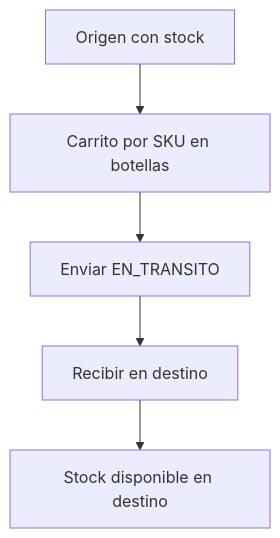
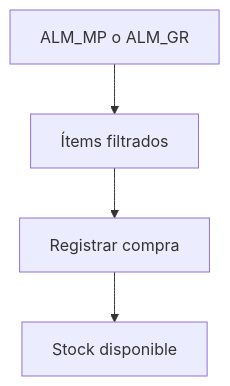
The third of 5 diagrams in docs/01_manual_usuario_cliente_web.md (viziasac/web_bodegasantamaria), drawn with Mermaid before and after one commit. The commit also changed other lines of this file and 8 other files, not shown here.

````diff
--- a/docs/01_manual_usuario_cliente_web.md
+++ b/docs/01_manual_usuario_cliente_web.md
@@ -178,7 +131,6 @@
 ```mermaid
 flowchart TD
-  A[Origen con stock] --> B[Carrito por SKU en botellas]
-  B --> C[Enviar EN_TRANSITO]
-  C --> D[Recibir en destino]
-  D --> E[Stock disponible en destino]
+  A[ALM_MP o ALM_GR] --> B[Ítems filtrados]
+  B --> C[Registrar compra]
+  C --> D[Stock disponible]
 ```
````
